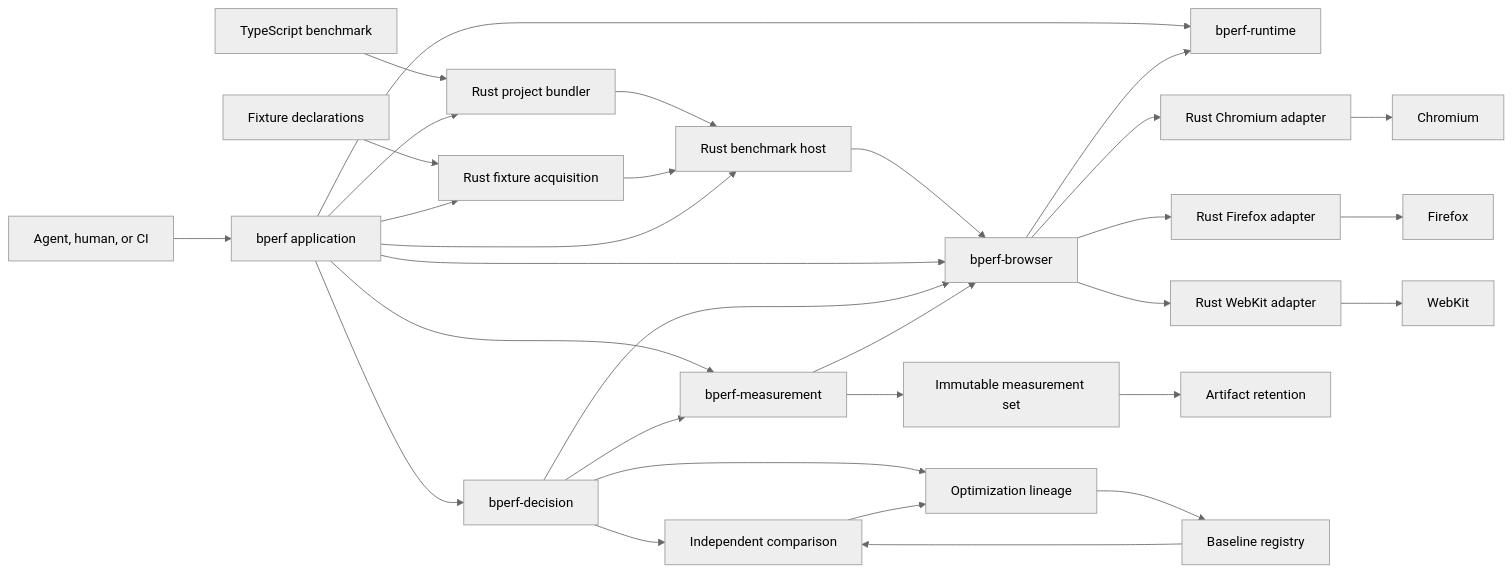
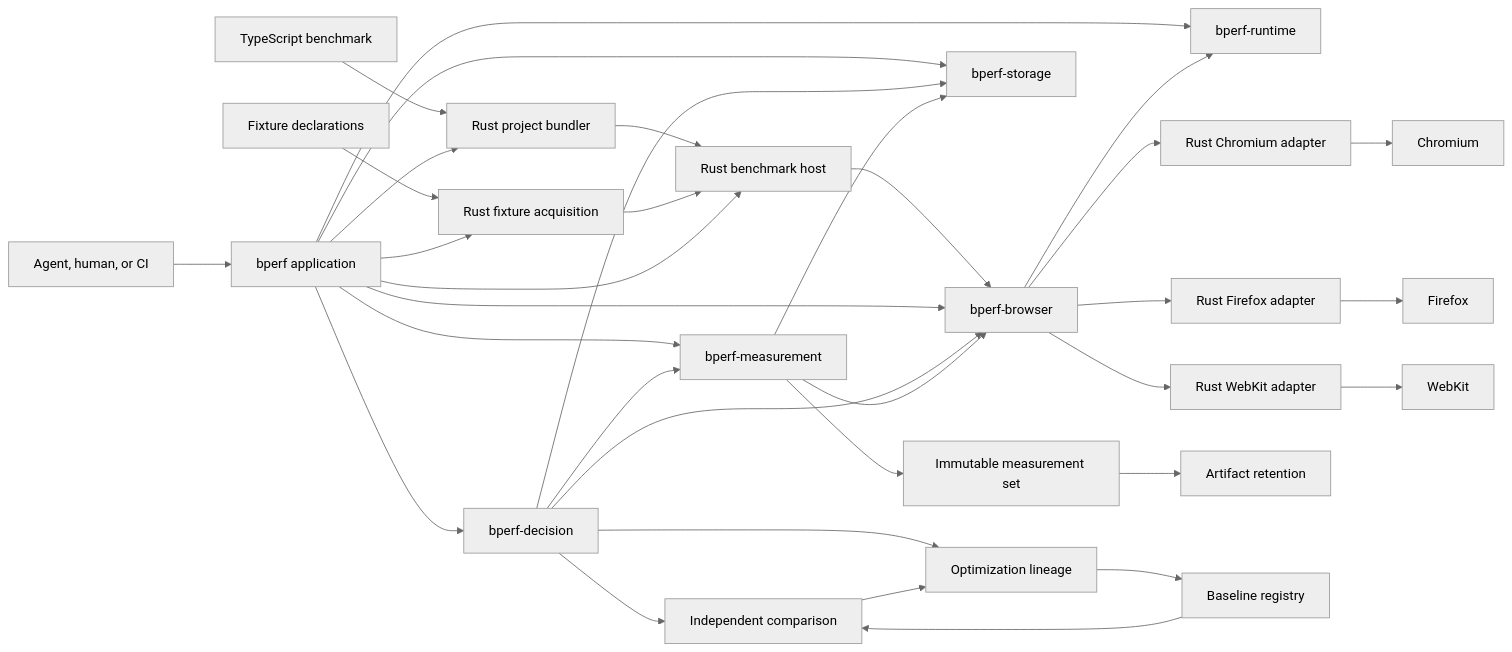
Before and after one commit to itsjamie/bperf: the second of 2 diagrams in docs/DESIGN.md, drawn with Mermaid (neutral theme). The commit also changed other lines of this file and 22 other files, not shown here.

````diff
--- a/docs/DESIGN.md
+++ b/docs/DESIGN.md
@@ -652,33 +652,36 @@
 ```mermaid
 flowchart LR
     CALLER["Agent, human, or CI"] --> CLI["bperf application"]
     BENCH["TypeScript benchmark"] --> BUNDLER["Rust project bundler"]
     FIXTURES["Fixture declarations"] --> RESOLVER["Rust fixture acquisition"]
     CLI --> BUNDLER
     CLI --> RESOLVER
     BUNDLER --> HOST["Rust benchmark host"]
     RESOLVER --> HOST
     CLI --> HOST
     HOST --> LAB
     CLI --> DECISION["bperf-decision"]
     CLI --> MEASURE["bperf-measurement"]
     CLI --> LAB["bperf-browser"]
     CLI --> INSTALL["bperf-runtime"]
+    CLI --> STORAGE["bperf-storage"]
     DECISION --> MEASURE
     DECISION --> LAB
+    DECISION --> STORAGE
     MEASURE --> LAB
+    MEASURE --> STORAGE
     LAB --> INSTALL
     LAB --> CHROMIUM_ADAPTER["Rust Chromium adapter"]
     CHROMIUM_ADAPTER --> CHROMIUM["Chromium"]
     LAB --> FIREFOX_ADAPTER["Rust Firefox adapter"]
     FIREFOX_ADAPTER --> FIREFOX["Firefox"]
     LAB --> WEBKIT_ADAPTER["Rust WebKit adapter"]
     WEBKIT_ADAPTER --> WEBKIT["WebKit"]
     MEASURE --> SET["Immutable measurement set"]
     SET --> RETENTION["Artifact retention"]
     DECISION --> COMPARE["Independent comparison"]
     BASELINE["Baseline registry"] --> COMPARE
     DECISION --> LINEAGE["Optimization lineage"]
     COMPARE --> LINEAGE
     LINEAGE --> BASELINE
 ```
````
